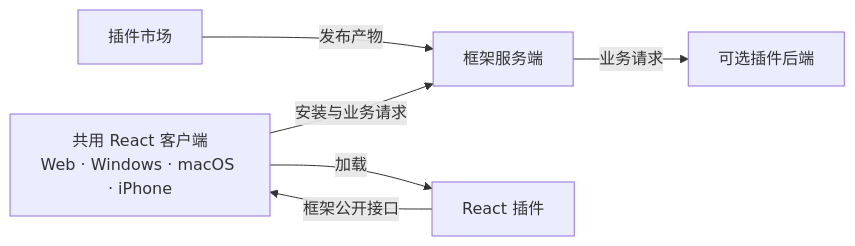
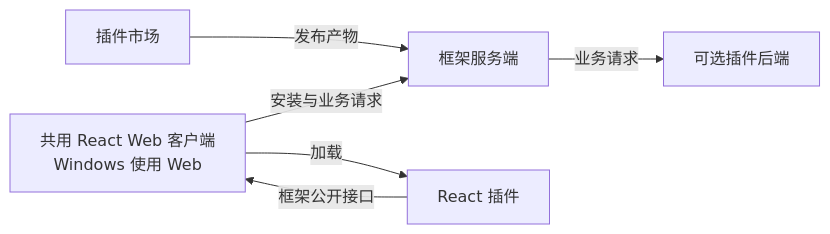
One commit to shenmuegit/Isola changed the diagram in README.zh-CN.md. Above: the diagram before and after it, drawn with Mermaid. The commit also changed other lines of this file and 20 other files, not shown here.

Commit message:
feat: configure Isola shell and document Web acceptance

````diff
--- a/README.zh-CN.md
+++ b/README.zh-CN.md
@@ -46,17 +55,17 @@
 ```mermaid
 flowchart LR
-    accTitle: Isola 插件框架拟议架构
-    accDescr: 市场提供插件发布产物，框架服务端完成安装，四端客户端加载同一份 React 插件并访问对应的可选后端。
+    accTitle: Isola 插件框架架构
+    accDescr: 市场提供插件发布产物，框架服务端完成安装，共用 Web 客户端加载 React 插件并访问对应的可选后端。
 
     marketplace["插件市场"]
     server["框架服务端"]
-    clients["共用 React 客户端<br/>Web · Windows · macOS · iPhone"]
+    clients["共用 React Web 客户端<br/>Windows 使用 Web"]
     plugin["React 插件"]
     backend["可选插件后端"]
 
     marketplace -->|发布产物| server
     clients -->|安装与业务请求| server
     clients -->|加载| plugin
     plugin -->|框架公开接口| clients
     server -->|业务请求| backend
 ```
````
